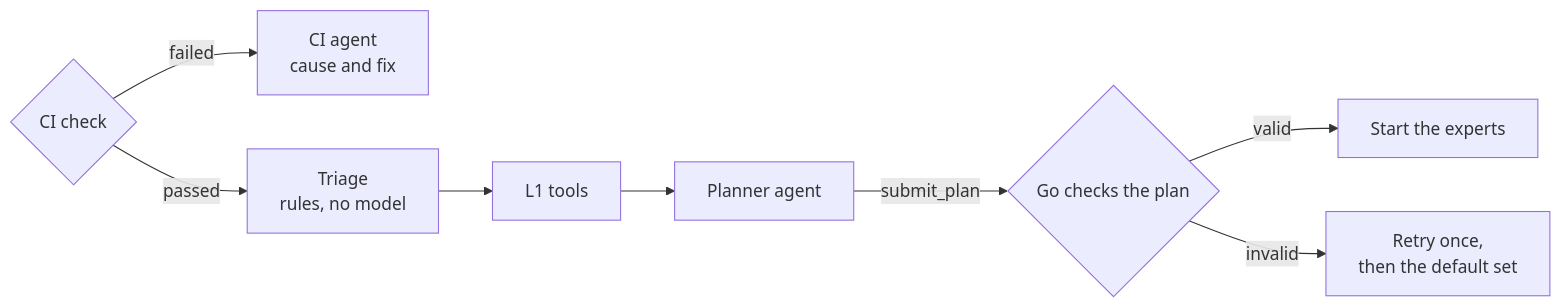
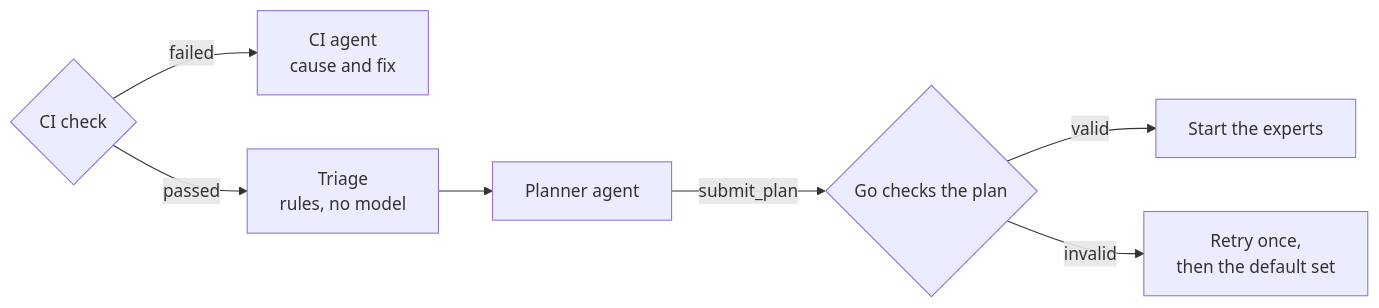
The diagram in docs/PLANNER.md (Pleasurecruise/eyeful), drawn with Mermaid before and after one commit. The commit also changed other lines of this file and 86 other files, not shown here.

````diff
--- a/docs/PLANNER.md
+++ b/docs/PLANNER.md
@@ -9,10 +10,9 @@
 ```mermaid
 flowchart LR
     ci{"CI check"} -->|failed| diagnose["CI agent<br/>cause and fix"]
     ci -->|passed| triage["Triage<br/>rules, no model"]
-    triage --> tools["L1 tools"]
-    tools --> planner["Planner agent"]
+    triage --> planner["Planner agent"]
     planner -->|submit_plan| check{"Go checks the plan"}
     check -->|valid| run["Start the experts"]
     check -->|invalid| retry["Retry once,<br/>then the default set"]
 ```
````
